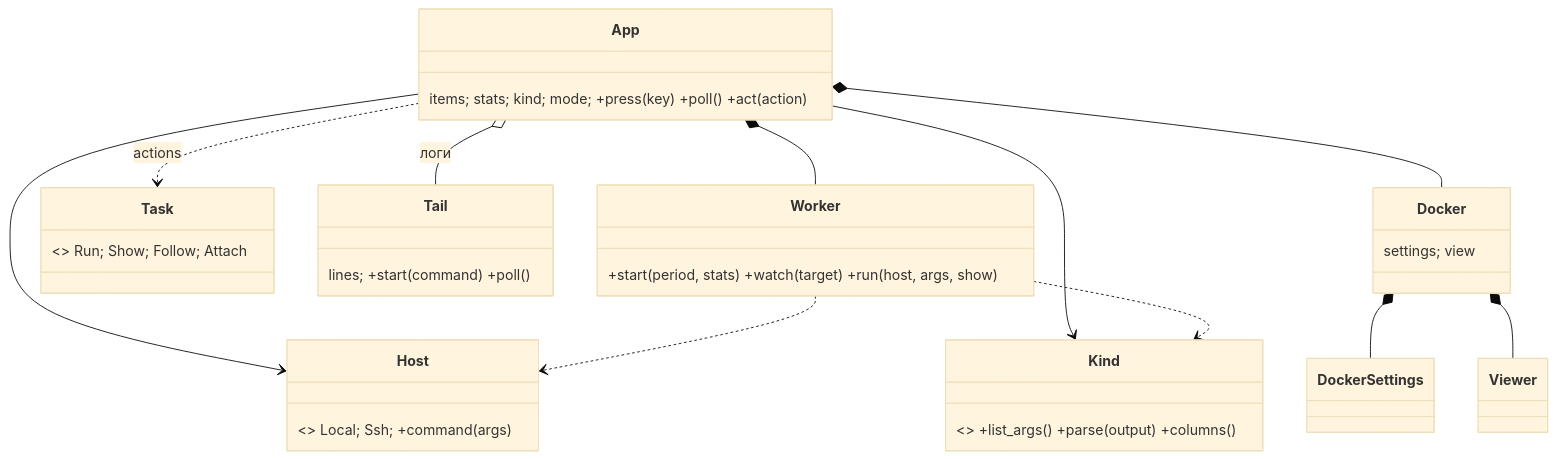
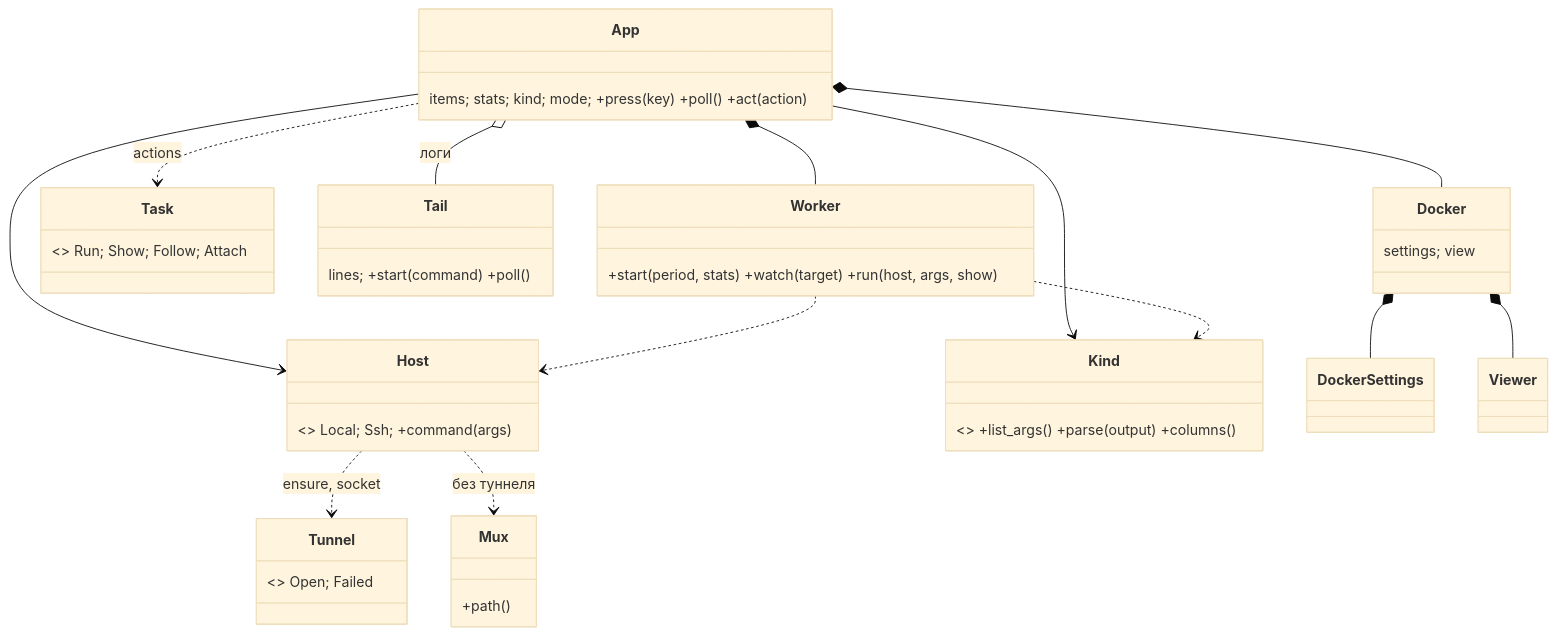
Before and after one commit to Utkautka1/DimaSter: the ninth of 9 diagrams in docs/UML.md, drawn with Mermaid (base theme). The commit also changed 7 other files, not shown here.

````diff
--- a/docs/UML.md
+++ b/docs/UML.md
@@ -359,20 +359,24 @@
 ```mermaid
 classDiagram
     class App { items; stats; kind; mode; +press(key) +poll() +act(action) }
     class Worker { +start(period, stats) +watch(target) +run(host, args, show) }
     class Host { <<enum>> Local; Ssh; +command(args) }
     class Kind { <<enum>> +list_args() +parse(output) +columns() }
     class Task { <<enum>> Run; Show; Follow; Attach }
     class Tail { lines; +start(command) +poll() }
+    class Tunnel { <<enum>> Open; Failed }
+    class Mux { +path() }
+    Host ..> Tunnel : ensure, socket
+    Host ..> Mux : без туннеля
     class Docker { settings; view }
     App *-- Worker
     App *-- Docker
     Docker *-- DockerSettings
     Docker *-- Viewer
     App --> Host
     App --> Kind
     App ..> Task : actions
     App o-- Tail : логи
     Worker ..> Host
     Worker ..> Kind
 ```
````
